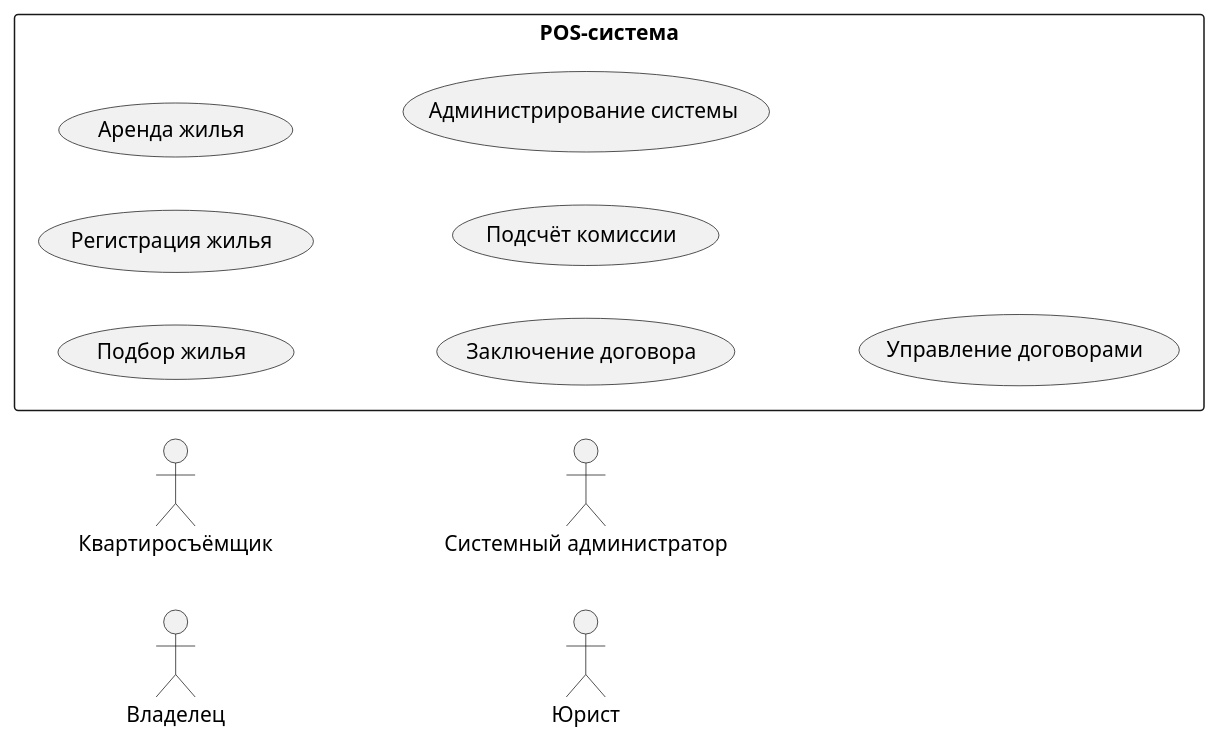
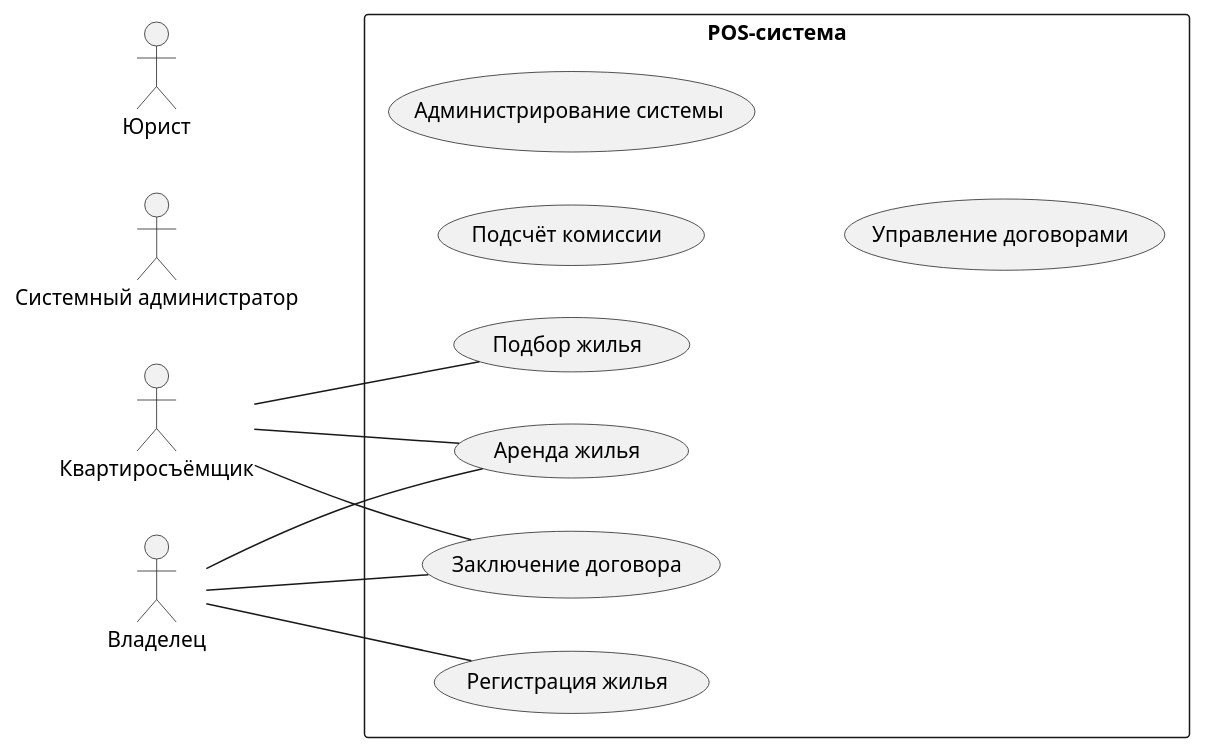
One commit to penamarth/bsbo-01-22_team4_var8 changed the diagram in Diagrama_precedent.md. Above: the diagram before and after it, drawn with PlantUML.

Commit message:
Update Diagrama

````diff
--- a/Diagrama_precedent.md
+++ b/Diagrama_precedent.md
@@ -1,21 +1,29 @@
 ```plantuml
 @startuml
 skinparam packageStyle rect
 left to right direction
 :Квартиросъёмщик:
 :Владелец:
 :Системный администратор:
 :Юрист:
 
 package POS-система {
 (Подбор жилья)
 (Регистрация жилья)
 (Аренда жилья)
 (Заключение договора)
 (Подсчёт комиссии)
 (Администрирование системы)
 (Управление договорами)
 }
 
+:Квартиросъёмщик: -- (Подбор жилья)
+:Квартиросъёмщик: -- (Аренда жилья)
+:Квартиросъёмщик: -- (Заключение договора)
+
+:Владелец: -- (Регистрация жилья)
+:Владелец: -- (Аренда жилья)
+:Владелец: -- (Заключение договора)
+
 @enduml
 ```
````
